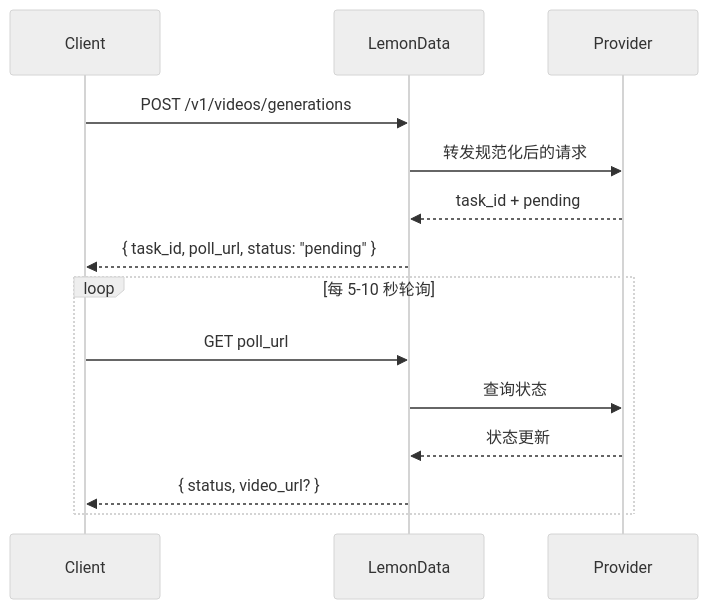
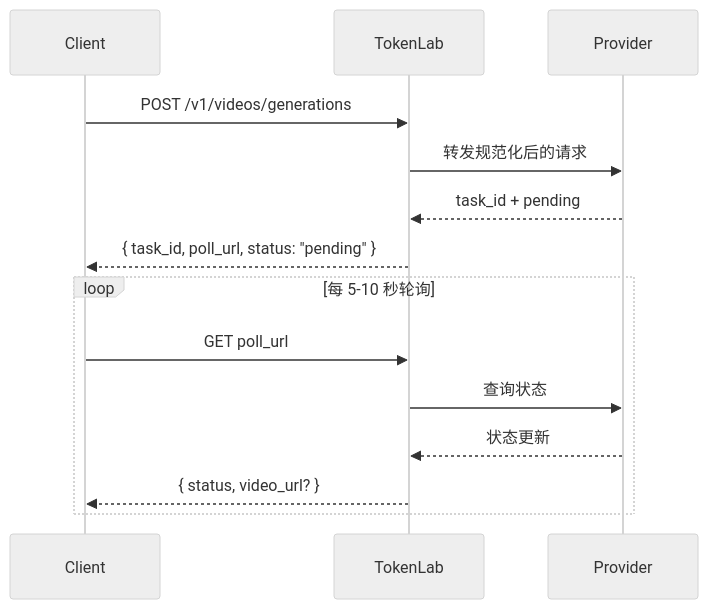
The diagram in zh/guides/video-generation.mdx (hedging8563/lemondata-docs), drawn with Mermaid (neutral theme) before and after one commit. The commit also changed other lines of this file and 858 other files, not shown here.

````diff
--- a/zh/guides/video-generation.mdx
+++ b/zh/guides/video-generation.mdx
@@ -24,18 +24,18 @@
 ```mermaid
 sequenceDiagram
     participant Client
-    participant LemonData
+    participant TokenLab
     participant Provider
 
-    Client->>LemonData: POST /v1/videos/generations
-    LemonData->>Provider: 转发规范化后的请求
-    Provider-->>LemonData: task_id + pending
-    LemonData-->>Client: { task_id, poll_url, status: "pending" }
+    Client->>TokenLab: POST /v1/videos/generations
+    TokenLab->>Provider: 转发规范化后的请求
+    Provider-->>TokenLab: task_id + pending
+    TokenLab-->>Client: { task_id, poll_url, status: "pending" }
 
     loop 每 5-10 秒轮询
-        Client->>LemonData: GET poll_url
-        LemonData->>Provider: 查询状态
-        Provider-->>LemonData: 状态更新
-        LemonData-->>Client: { status, video_url? }
+        Client->>TokenLab: GET poll_url
+        TokenLab->>Provider: 查询状态
+        Provider-->>TokenLab: 状态更新
+        TokenLab-->>Client: { status, video_url? }
     end
 ```
````
